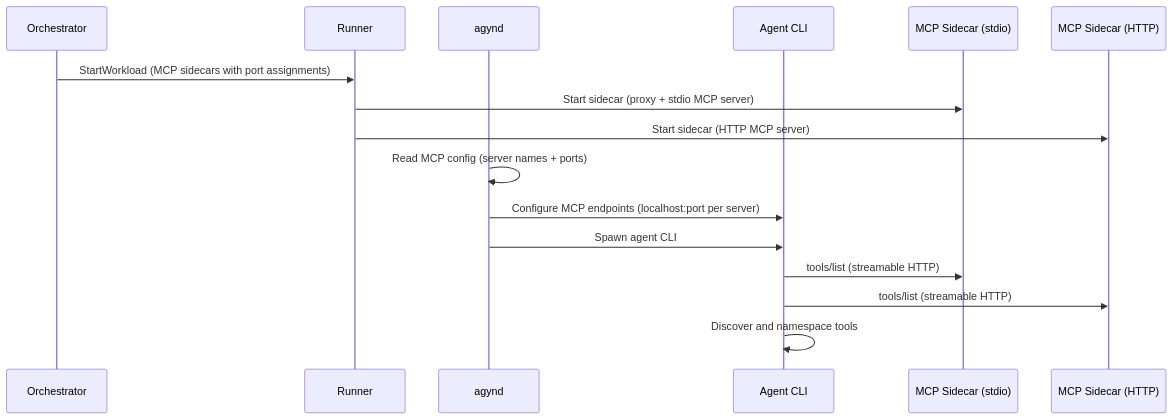
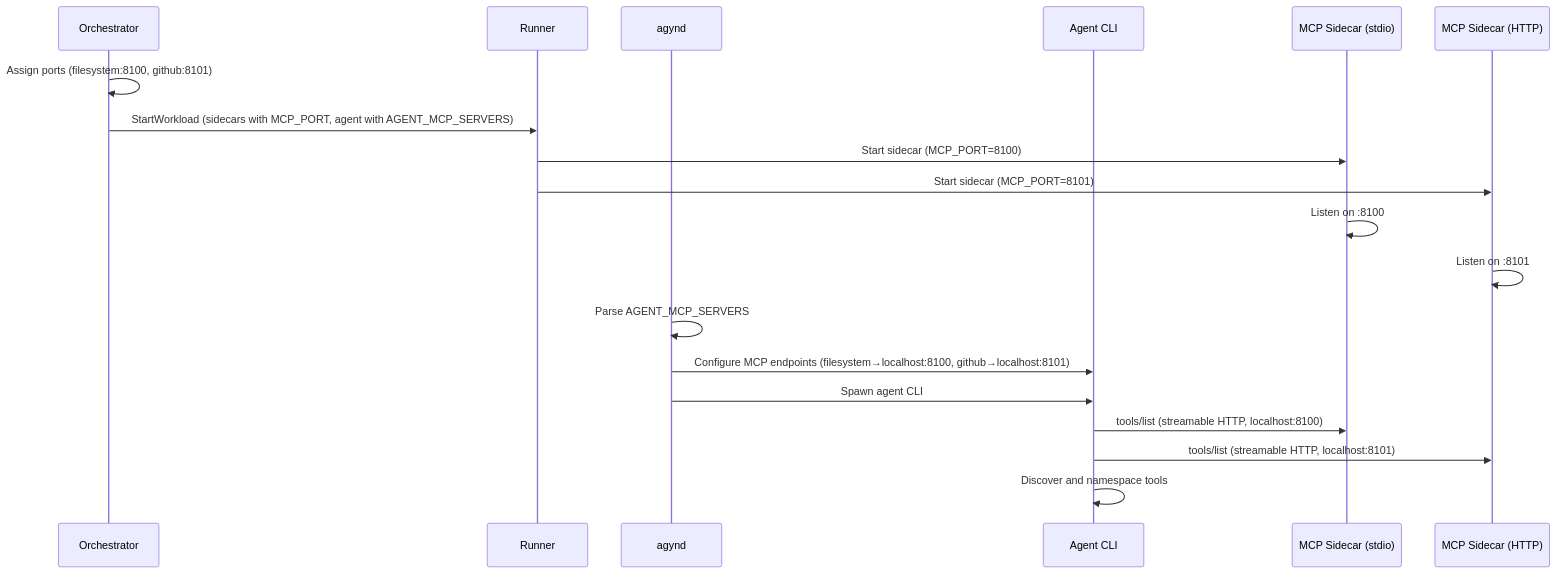
One commit to agynio/architecture changed the second of 2 diagrams in architecture/mcp.md. Above: the diagram before and after it, drawn with Mermaid. The commit also changed other lines of this file and 4 other files, not shown here.

First line of the commit message:
Document MCP name field and port allocation strategy

````diff
--- a/architecture/mcp.md
+++ b/architecture/mcp.md
@@ -82,19 +106,22 @@
 ```mermaid
 sequenceDiagram
     participant O as Orchestrator
     participant R as Runner
     participant D as agynd
     participant A as Agent CLI
     participant S1 as MCP Sidecar (stdio)
     participant S2 as MCP Sidecar (HTTP)
 
-    O->>R: StartWorkload (MCP sidecars with port assignments)
-    R->>S1: Start sidecar (proxy + stdio MCP server)
-    R->>S2: Start sidecar (HTTP MCP server)
-    D->>D: Read MCP config (server names + ports)
-    D->>A: Configure MCP endpoints (localhost:port per server)
+    O->>O: Assign ports (filesystem:8100, github:8101)
+    O->>R: StartWorkload (sidecars with MCP_PORT, agent with AGENT_MCP_SERVERS)
+    R->>S1: Start sidecar (MCP_PORT=8100)
+    R->>S2: Start sidecar (MCP_PORT=8101)
+    S1->>S1: Listen on :8100
+    S2->>S2: Listen on :8101
+    D->>D: Parse AGENT_MCP_SERVERS
+    D->>A: Configure MCP endpoints (filesystem→localhost:8100, github→localhost:8101)
     D->>A: Spawn agent CLI
-    A->>S1: tools/list (streamable HTTP)
-    A->>S2: tools/list (streamable HTTP)
+    A->>S1: tools/list (streamable HTTP, localhost:8100)
+    A->>S2: tools/list (streamable HTTP, localhost:8101)
     A->>A: Discover and namespace tools
 ```
````
